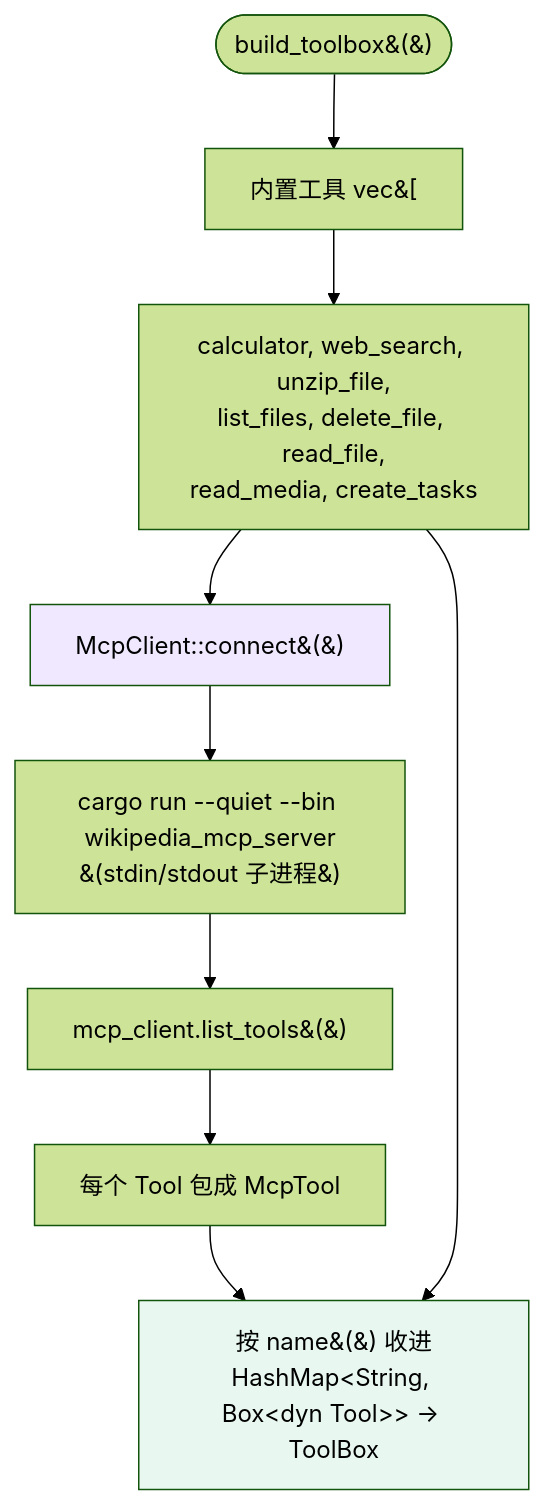
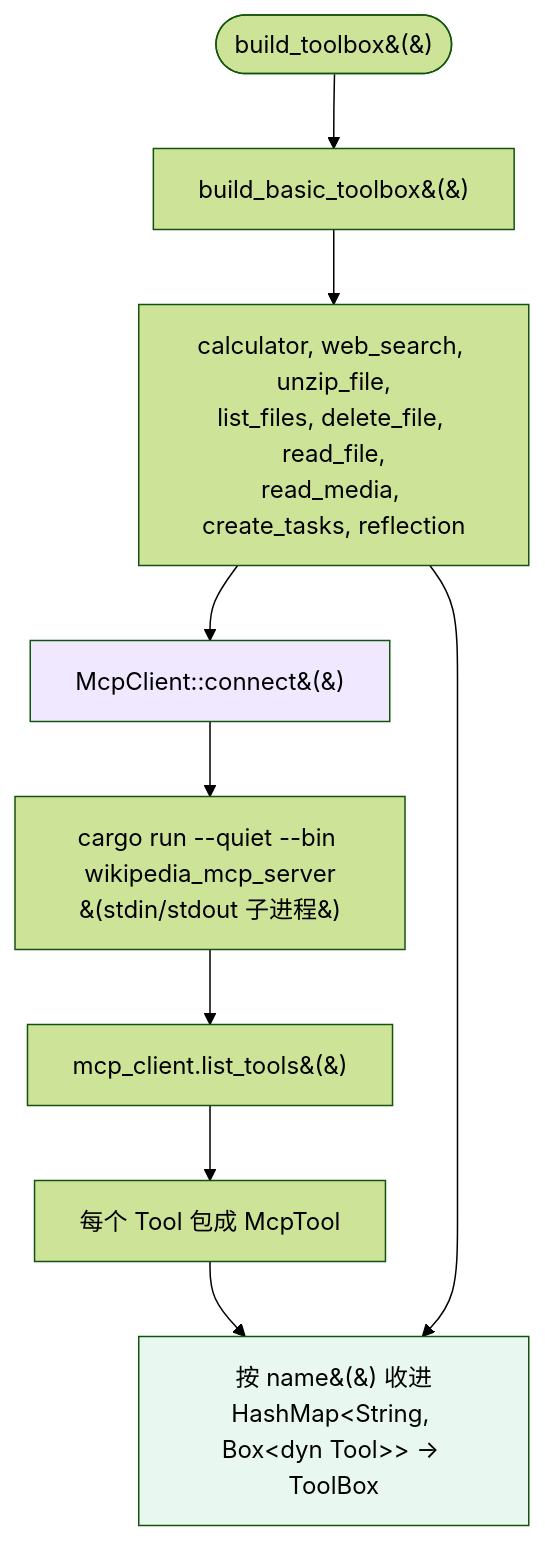
Before and after one commit to heheshang/zephyr: diagram 38 of 54 in README.md, drawn with Mermaid (forest theme). The commit also changed other lines of this file and 19 other files, not shown here.

````diff
--- a/README.md
+++ b/README.md
@@ -1203,14 +2614,14 @@
 ```mermaid
 flowchart TD
-    A(["build_toolbox&#40;&#41;"]) --> B["内置工具 vec&#91;"]
-    B --> B1["calculator, web_search, unzip_file,<br/>list_files, delete_file, read_file,<br/>read_media, create_tasks"]
+    A(["build_toolbox&#40;&#41;"]) --> B["build_basic_toolbox&#40;&#41;"]
+    B --> B1["calculator, web_search, unzip_file,<br/>list_files, delete_file, read_file,<br/>read_media, create_tasks, reflection"]
     B1 --> C["McpClient::connect&#40;&#41;"]
     C --> C1["cargo run --quiet --bin wikipedia_mcp_server<br/>&#40;stdin/stdout 子进程&#41;"]
     C1 --> C2["mcp_client.list_tools&#40;&#41;"]
     C2 --> C3["每个 Tool 包成 McpTool"]
     C3 --> D["按 name&#40;&#41; 收进<br/>HashMap&lt;String, Box&lt;dyn Tool&gt;&gt; → ToolBox"]
     B1 --> D
 
     style C fill:#f0e8ff
     style D fill:#e8f8f0
 ```
````
